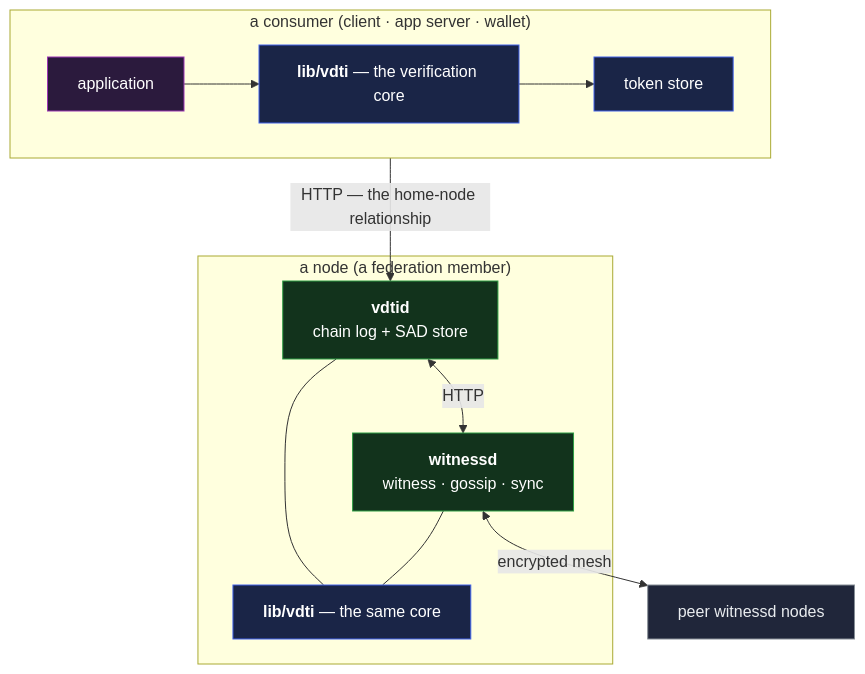
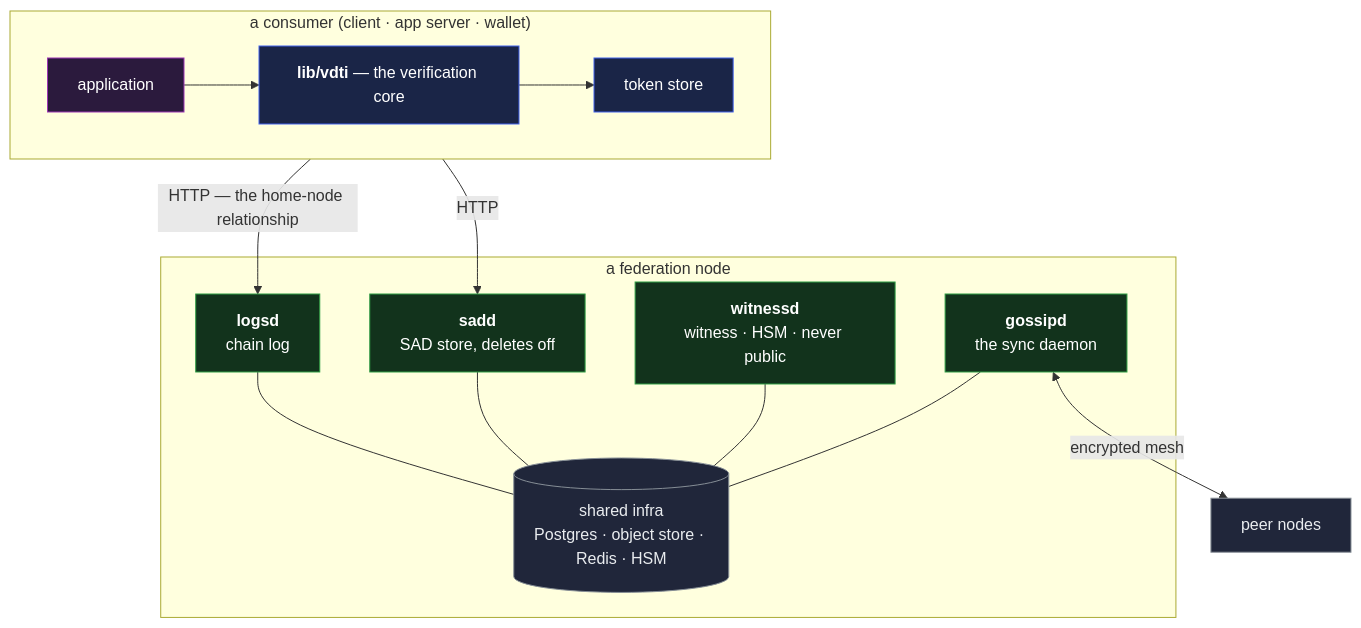
One commit to jasoncolburne/vdti changed the diagram in docs/design/substrate/infrastructure/architecture.md. Above: the diagram before and after it, drawn with Mermaid. The commit also changed other lines of this file and 79 other files, not shown here.

Commit message:
VDTI-36: Federation scope and storage decomposition

````diff
--- a/docs/design/substrate/infrastructure/architecture.md
+++ b/docs/design/substrate/infrastructure/architecture.md
@@ -17,24 +28,28 @@
 ```mermaid
 flowchart TD
   subgraph consumer["a consumer (client · app server · wallet)"]
     capp["application"]:::app
     clib["<b>lib/vdti</b> — the verification core"]:::lib
     tks["token store"]:::lib
   end
-  subgraph node["a node (a federation member)"]
-    vdtid["<b>vdtid</b><br/>chain log + SAD store"]:::svc
-    witnessd["<b>witnessd</b><br/>witness · gossip · sync"]:::svc
-    nlib["<b>lib/vdti</b> — the same core"]:::lib
+  subgraph node["a federation node"]
+    logsd["<b>logsd</b><br/>chain log"]:::svc
+    sadd["<b>sadd</b><br/>SAD store, deletes off"]:::svc
+    witnessd["<b>witnessd</b><br/>witness · HSM · never public"]:::svc
+    gossipd["<b>gossipd</b><br/>the sync daemon"]:::svc
+    infra[("shared infra<br/>Postgres · object store · Redis · HSM")]:::peer
   end
   capp --> clib
   clib --> tks
-  consumer -->|"HTTP — the home-node relationship"| vdtid
-  vdtid <-->|HTTP| witnessd
-  witnessd <-->|"encrypted mesh"| peers["peer witnessd nodes"]:::peer
-  vdtid --- nlib
-  witnessd --- nlib
+  consumer -->|"HTTP — the home-node relationship"| logsd
+  consumer -->|HTTP| sadd
+  logsd --- infra
+  sadd --- infra
+  witnessd --- infra
+  gossipd --- infra
+  gossipd <-->|"encrypted mesh"| peers["peer nodes"]:::peer
   classDef app fill:#2b1a3d,stroke:#9c36b5,color:#fff
   classDef lib fill:#1a2547,stroke:#4263eb,color:#fff
   classDef svc fill:#12331c,stroke:#2f9e44,color:#fff
   classDef peer fill:#20263a,stroke:#868e96,color:#e9ecef
 ```
````
